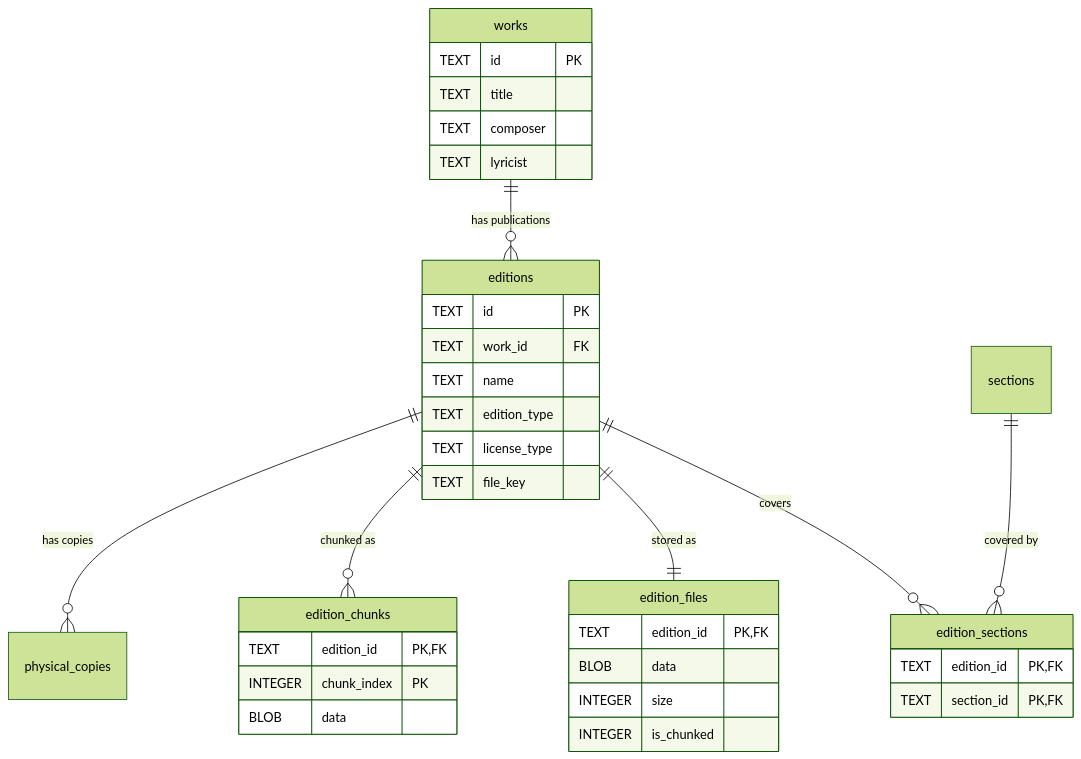
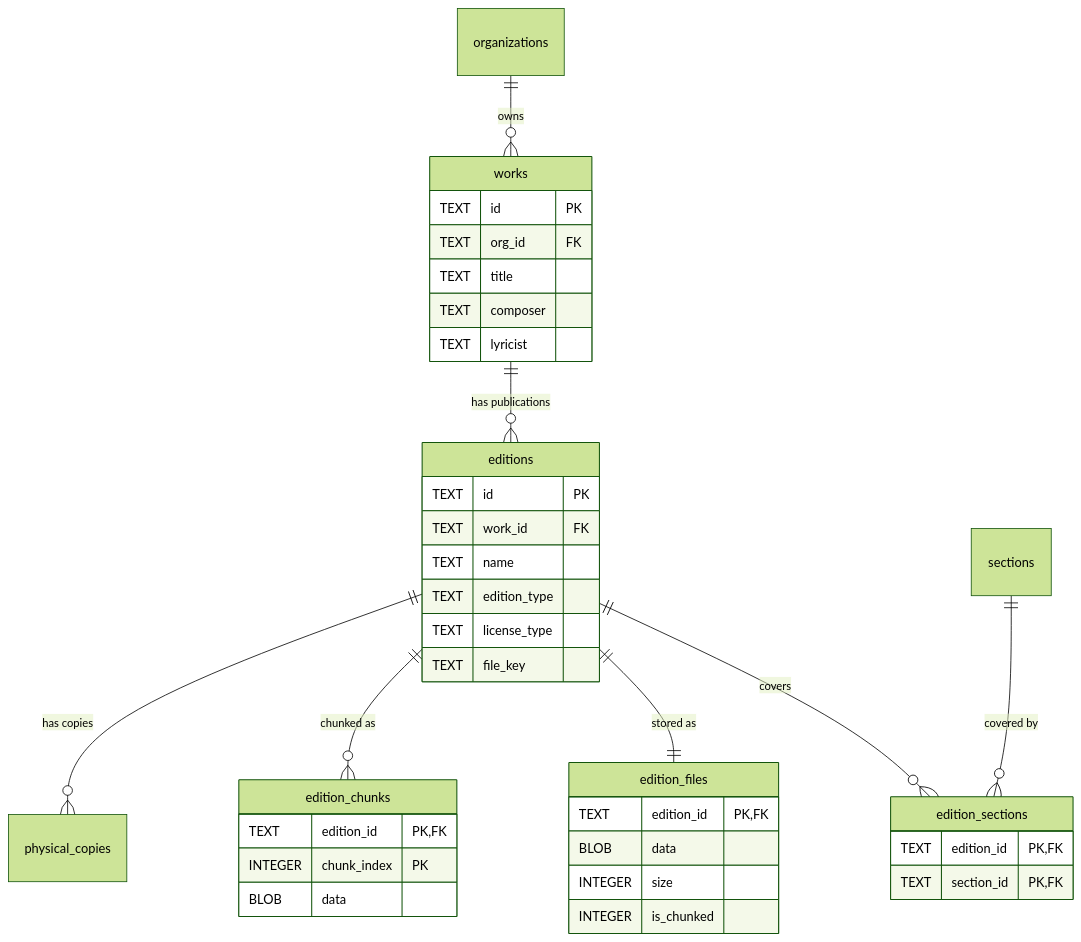
Before and after one commit to mitselek/polyphony: the fourth of 9 diagrams in docs/DATABASE-SCHEMA.md, drawn with Mermaid (forest theme). The commit also changed other lines of this file, not shown here.

First line of the commit message:
docs: rewrite DATABASE-SCHEMA.md for Schema V2

````diff
--- a/docs/DATABASE-SCHEMA.md
+++ b/docs/DATABASE-SCHEMA.md
@@ -201,43 +315,45 @@
 ```mermaid
 erDiagram
+    organizations ||--o{ works : "owns"
     works ||--o{ editions : "has publications"
     editions ||--o{ edition_sections : "covers"
     editions ||--|| edition_files : "stored as"
     editions ||--o{ edition_chunks : "chunked as"
     editions ||--o{ physical_copies : "has copies"
     sections ||--o{ edition_sections : "covered by"
 
     works {
         TEXT id PK
+        TEXT org_id FK
         TEXT title
         TEXT composer
         TEXT lyricist
     }
 
     editions {
         TEXT id PK
         TEXT work_id FK
         TEXT name
         TEXT edition_type
         TEXT license_type
         TEXT file_key
     }
 
     edition_sections {
         TEXT edition_id PK,FK
         TEXT section_id PK,FK
     }
 
     edition_files {
         TEXT edition_id PK,FK
         BLOB data
         INTEGER size
         INTEGER is_chunked
     }
 
     edition_chunks {
         TEXT edition_id PK,FK
         INTEGER chunk_index PK
         BLOB data
     }
 ```
````
